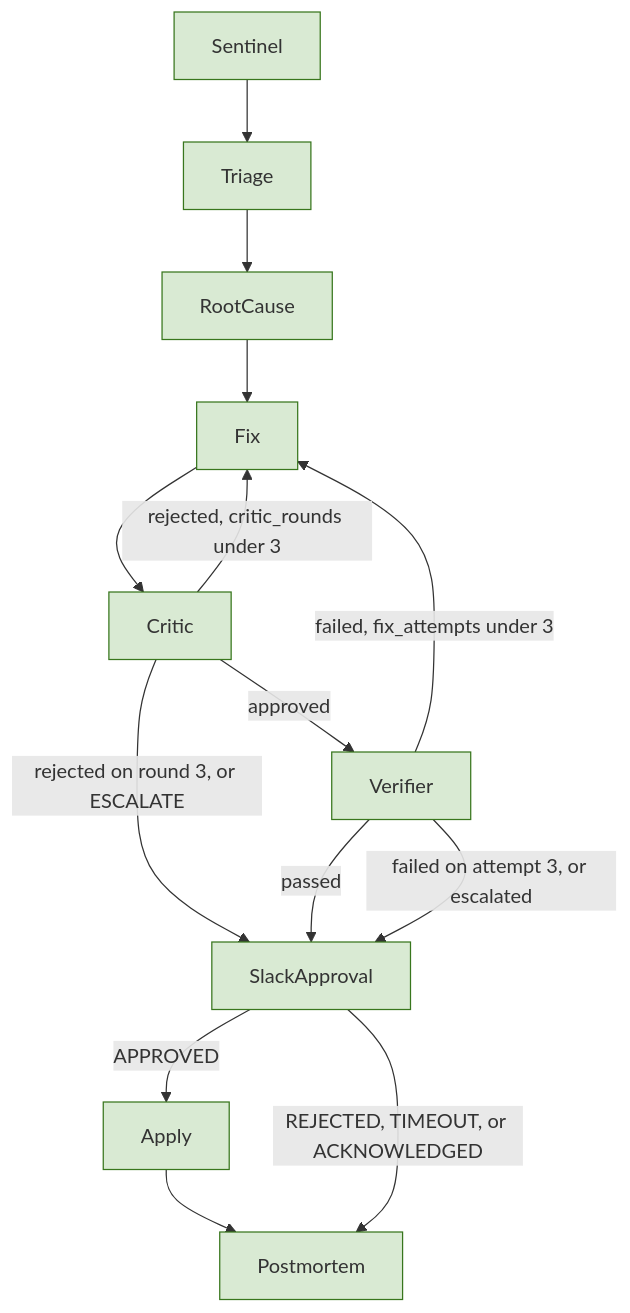
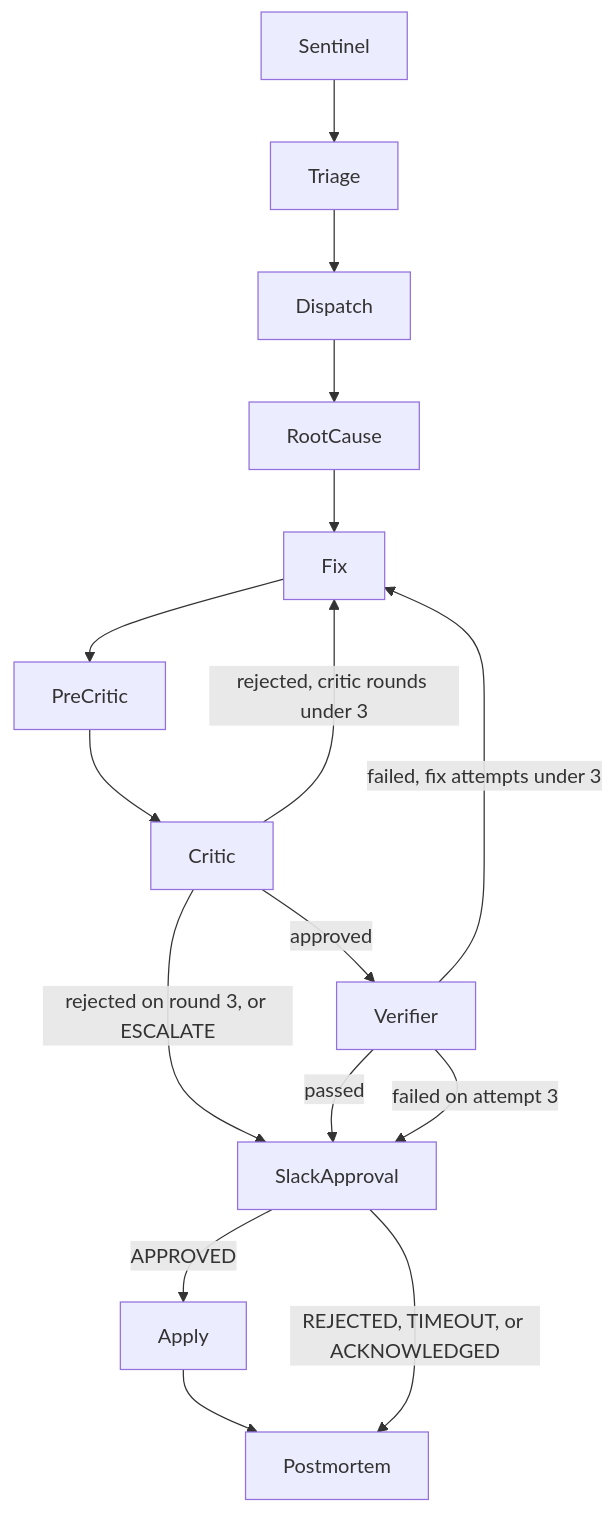
The diagram in README.md (hamidmatiny/MERIDIAN), drawn with Mermaid before and after one commit. The commit also changed other lines of this file and 72 other files, not shown here.

````diff
--- a/README.md
+++ b/README.md
@@ -11,26 +11,24 @@
 ```mermaid
 flowchart TD
   sentinel[Sentinel]
   triage[Triage]
+  dispatch[Dispatch]
   rootCause[RootCause]
   fix[Fix]
+  preCritic[PreCritic]
   critic[Critic]
   verifier[Verifier]
   slack[SlackApproval]
   applyNode[Apply]
   postmortem[Postmortem]
 
-  sentinel --> triage --> rootCause --> fix --> critic
+  sentinel --> triage --> dispatch --> rootCause --> fix --> preCritic --> critic
   critic -->|"approved"| verifier
-  critic -->|"rejected, critic_rounds under 3"| fix
+  critic -->|"rejected, critic rounds under 3"| fix
   critic -->|"rejected on round 3, or ESCALATE"| slack
   verifier -->|"passed"| slack
-  verifier -->|"failed, fix_attempts under 3"| fix
-  verifier -->|"failed on attempt 3, or escalated"| slack
+  verifier -->|"failed, fix attempts under 3"| fix
+  verifier -->|"failed on attempt 3"| slack
   slack -->|"APPROVED"| applyNode --> postmortem
   slack -->|"REJECTED, TIMEOUT, or ACKNOWLEDGED"| postmortem
-
-  classDef built fill:#d9ead3,stroke:#38761d
-  classDef planned fill:#f3f3f3,stroke:#999
-  class sentinel,triage,rootCause,fix,critic,verifier,slack,applyNode,postmortem built
 ```
````
